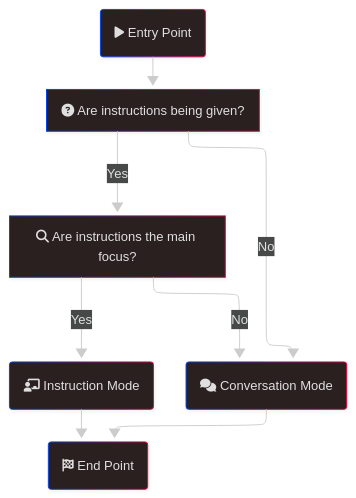
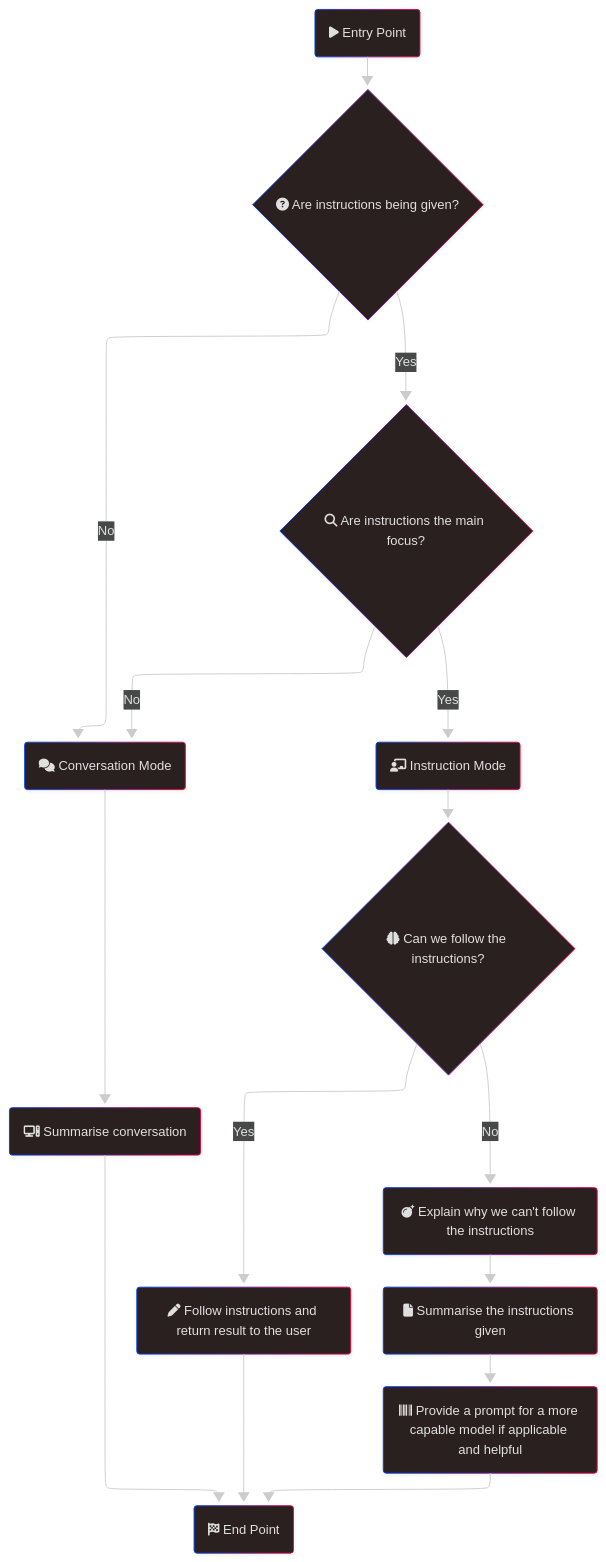
The diagram in prompts/omi-summariser/README.md (synmux/myriad), drawn with Mermaid before and after one commit.

Commit message:
📝 (omi-summariser): update flowchart with detailed logic steps
The previous flowchart was oversimplified and did not cover all logical
branches. The diagram is updated to include steps for assessing
instruction feasibility, handling failures, and distinguishing between
conversation summarization and instruction execution.

````diff
--- a/prompts/omi-summariser/README.md
+++ b/prompts/omi-summariser/README.md
@@ -5,18 +5,39 @@
 ```mermaid
 ---
 id: d22fae4c-efa7-404f-b1df-2437f43e1477
 config:
   theme: neo-dark
   look: neo
   layout: elk
 ---
 flowchart TB
+    %% Nodes
+    canFollow{"fa:fa-brain Can we follow the instructions?"}
+    converseMode("fa:fa-comments Conversation Mode")
+    craftPrompt("fa:fa-barcode Provide a prompt for a more capable model if applicable and helpful")
+    detectInstructions{"fa:fa-question-circle Are instructions being given?"}
+    endPoint("fa:fa-flag-checkered End Point")
     entryPoint("fa:fa-play Entry Point")
-    entryPoint --> detectInstructions["fa:fa-question-circle Are instructions being given?"]
-    detectInstructions -->|Yes| instructionsMain["fa:fa-magnifying-glass Are instructions the main focus?"]
-    instructionsMain -->|Yes| instructMode("fa:fa-chalkboard-teacher Instruction Mode")
-    detectInstructions -->|No| converseMode("fa:fa-comments Conversation Mode")
-    instructionsMain -->|No| converseMode
-    instructMode --> endPoint("fa:fa-flag-checkered End Point")
-    converseMode --> endPoint
+    explainFailure("fa:fa-bomb Explain why we can't follow the instructions")
+    followInstructions("fa:fa-pen Follow instructions and return result to the user")
+    instructionsMain{"fa:fa-magnifying-glass Are instructions the main focus?"}
+    instructMode("fa:fa-chalkboard-teacher Instruction Mode")
+    summariseConversation("fa:fa-computer Summarise conversation")
+    summariseInstructions("fa:fa-file Summarise the instructions given")
+
+    %% Connections
+    canFollow -- No --> explainFailure
+    canFollow -- Yes --> followInstructions
+    converseMode --> summariseConversation
+    craftPrompt --> endPoint
+    detectInstructions -- No --> converseMode
+    detectInstructions -- Yes --> instructionsMain
+    entryPoint --> detectInstructions
+    explainFailure --> summariseInstructions
+    followInstructions --> endPoint
+    instructionsMain -- No --> converseMode
+    instructionsMain -- Yes --> instructMode
+    instructMode --> canFollow
+    summariseConversation --> endPoint
+    summariseInstructions --> craftPrompt
 ```
````
